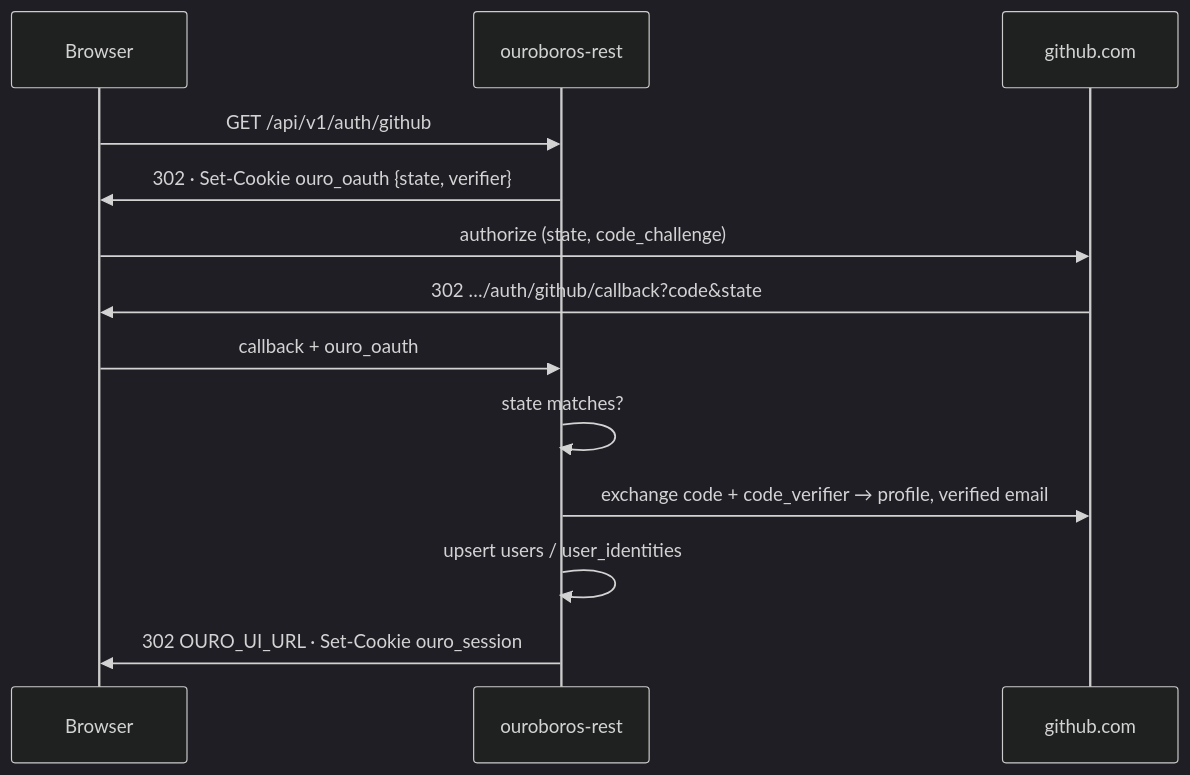
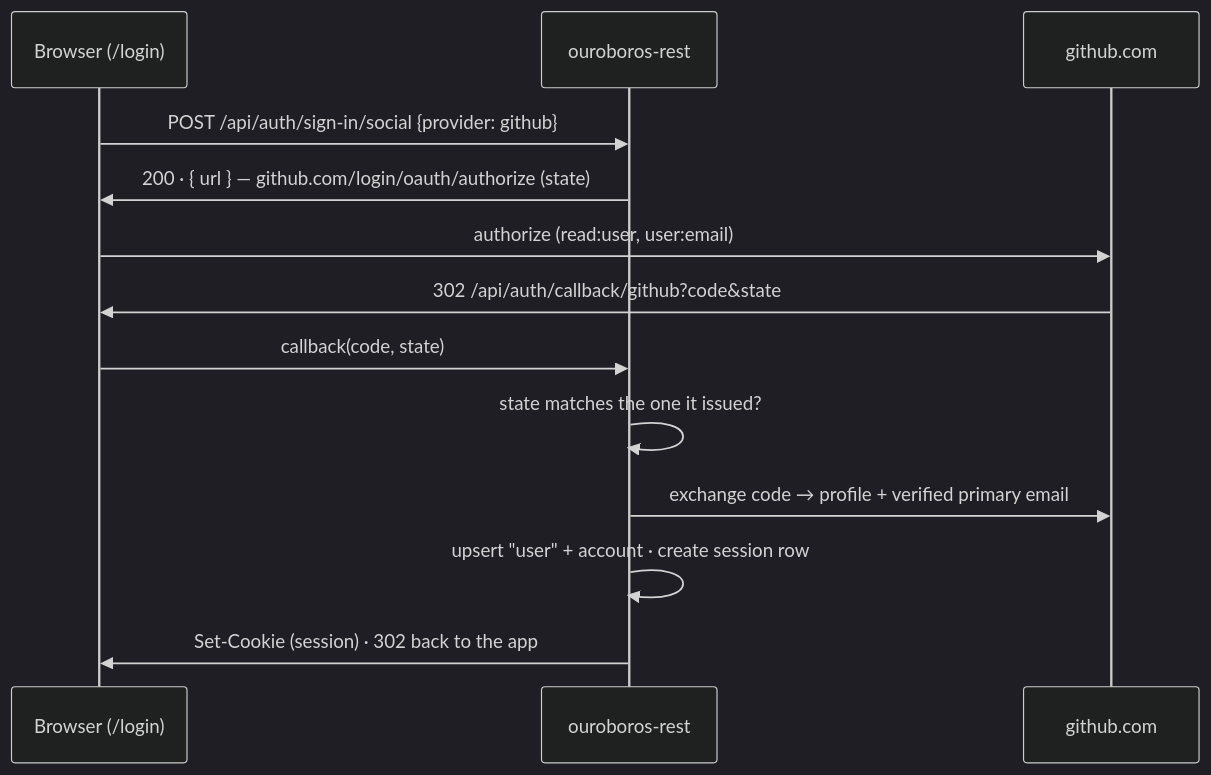
One commit to NobuData/ouroboros changed the diagram in ouroboros-rest/README.md. Above: the diagram before and after it, drawn with Mermaid (dark theme). The commit also changed other lines of this file and 44 other files, not shown here.

First line of the commit message:
Fix #702 - GitHub social provider (retiring the hand-rolled OAuth)

````diff
--- a/ouroboros-rest/README.md
+++ b/ouroboros-rest/README.md
@@ -691,15 +693,15 @@
 ```mermaid
 sequenceDiagram
-    participant B as Browser
+    participant B as Browser (/login)
     participant R as ouroboros-rest
     participant G as github.com
-    B->>R: GET /api/v1/auth/github
-    R->>B: 302 · Set-Cookie ouro_oauth {state, verifier}
-    B->>G: authorize (state, code_challenge)
-    G->>B: 302 …/auth/github/callback?code&state
-    B->>R: callback + ouro_oauth
-    R->>R: state matches?
-    R->>G: exchange code + code_verifier → profile, verified email
-    R->>R: upsert users / user_identities
-    R->>B: 302 OURO_UI_URL · Set-Cookie ouro_session
+    B->>R: POST /api/auth/sign-in/social {provider: github}
+    R->>B: 200 · { url } — github.com/login/oauth/authorize (state)
+    B->>G: authorize (read:user, user:email)
+    G->>B: 302 /api/auth/callback/github?code&state
+    B->>R: callback(code, state)
+    R->>R: state matches the one it issued?
+    R->>G: exchange code → profile + verified primary email
+    R->>R: upsert "user" + account · create session row
+    R->>B: Set-Cookie (session) · 302 back to the app
 ```
````
